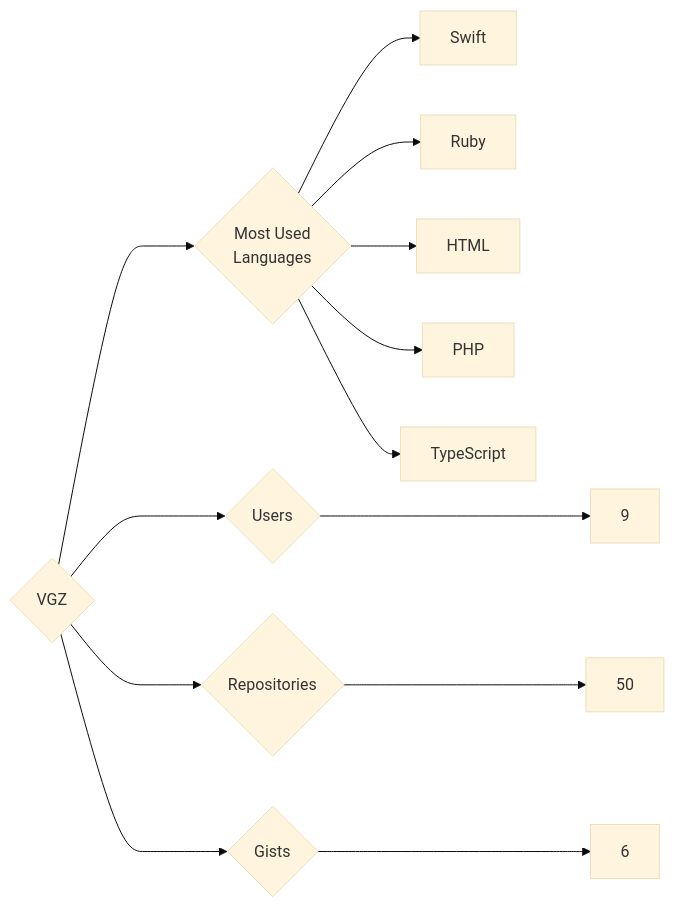
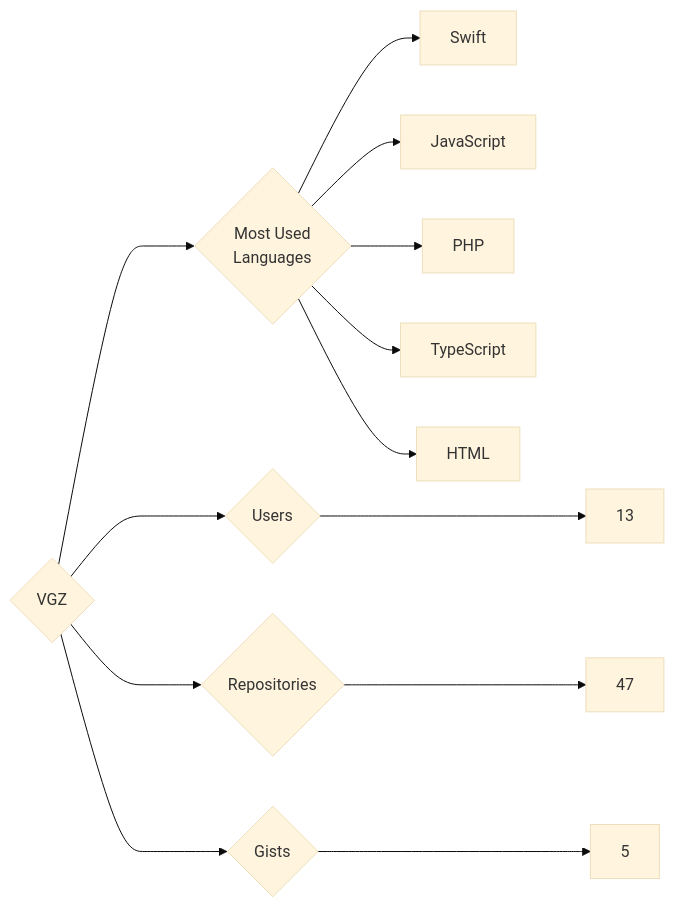
Before and after one commit to trickest/insiders: the diagram in targets/VGZ/README.md, drawn with Mermaid (base theme). The commit also changed 895 other files, not shown here.

````diff
--- a/targets/VGZ/README.md
+++ b/targets/VGZ/README.md
@@ -3,13 +3,13 @@
 ```mermaid
 graph LR
 COMPANY_NAME{VGZ}
-COMPANY_NAME ---> U{Users} ---> UN[9]
-COMPANY_NAME ---> R{Repositories} ---> RN[50]
-COMPANY_NAME ---> G{Gists} ---> GN[6]
+COMPANY_NAME ---> U{Users} ---> UN[13]
+COMPANY_NAME ---> R{Repositories} ---> RN[47]
+COMPANY_NAME ---> G{Gists} ---> GN[5]
 COMPANY_NAME ---> ML{Most Used<br>Languages}
 ML --> Swift[Swift]
-ML --> Ruby[Ruby]
-ML --> HTML[HTML]
+ML --> JavaScript[JavaScript]
 ML --> PHP[PHP]
 ML --> TypeScript[TypeScript]
+ML --> HTML[HTML]
 ```
````
